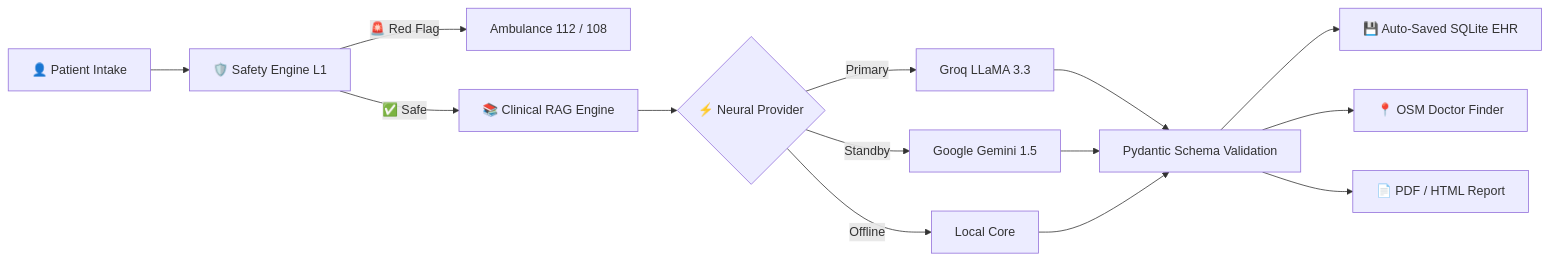
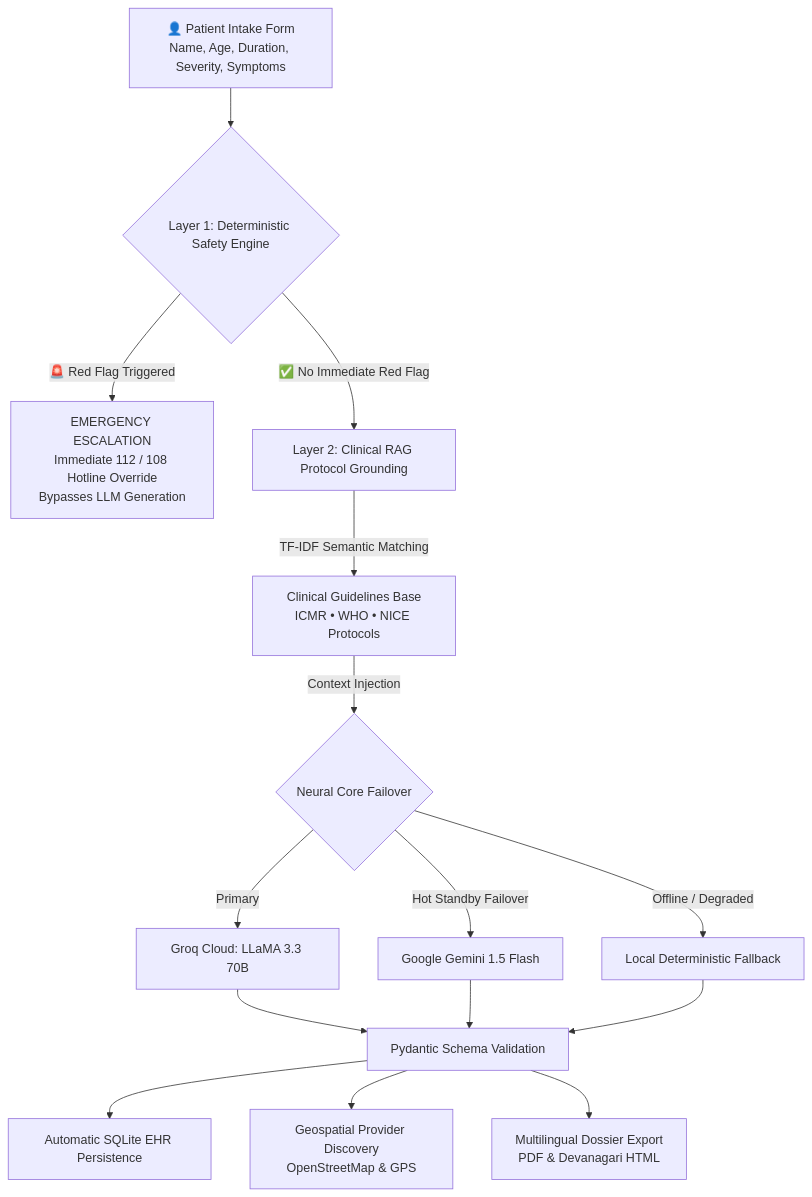
The diagram in README.md (Shariqueperwez/mediguide-ai), drawn with Mermaid before and after one commit. The commit also changed other lines of this file, not shown here.

````diff
--- a/README.md
+++ b/README.md
@@ -128,16 +73,23 @@
 ```mermaid
-flowchart LR
-    A[👤 Patient Intake] --> B[🛡️ Safety Engine L1]
-    B -->|🚨 Red Flag| C[Ambulance 112 / 108]
-    B -->|✅ Safe| D[📚 Clinical RAG Engine]
-    D --> E{⚡ Neural Provider}
-    E -->|Primary| F[Groq LLaMA 3.3]
-    E -->|Standby| G[Google Gemini 1.5]
-    E -->|Offline| H[Local Core]
-    F --> I[Pydantic Schema Validation]
-    G --> I
-    H --> I
-    I --> J[💾 Auto-Saved SQLite EHR]
-    I --> K[📍 OSM Doctor Finder]
-    I --> L[📄 PDF / HTML Report]
+flowchart TD
+    A[👤 Patient Intake Form<br/>Name, Age, Duration, Severity, Symptoms] --> B{Layer 1: Deterministic Safety Engine}
+    
+    B -->|🚨 Red Flag Triggered| C[EMERGENCY ESCALATION<br/>Immediate 112 / 108 Hotline Override<br/>Bypasses LLM Generation]
+    
+    B -->|✅ No Immediate Red Flag| D[Layer 2: Clinical RAG Protocol Grounding]
+    
+    D -->|TF-IDF Semantic Matching| E[Clinical Guidelines Base<br/>ICMR • WHO • NICE Protocols]
+    E -->|Context Injection| F{Neural Core Failover}
+    
+    F -->|Primary| G[Groq Cloud: LLaMA 3.3 70B]
+    F -->|Hot Standby Failover| H[Google Gemini 1.5 Flash]
+    F -->|Offline / Degraded| I[Local Deterministic Fallback]
+    
+    G --> J[Pydantic Schema Validation]
+    H --> J
+    I --> J
+    
+    J --> K[Automatic SQLite EHR Persistence]
+    J --> L[Geospatial Provider Discovery<br/>OpenStreetMap & GPS]
+    J --> M[Multilingual Dossier Export<br/>PDF & Devanagari HTML]
 ```
````
